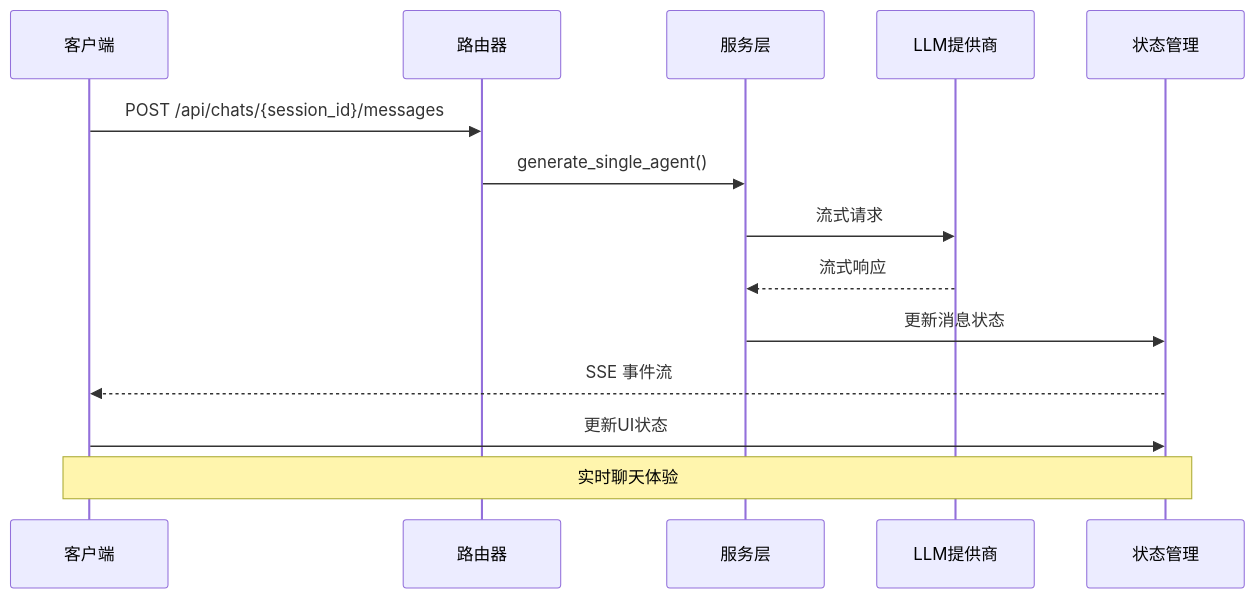
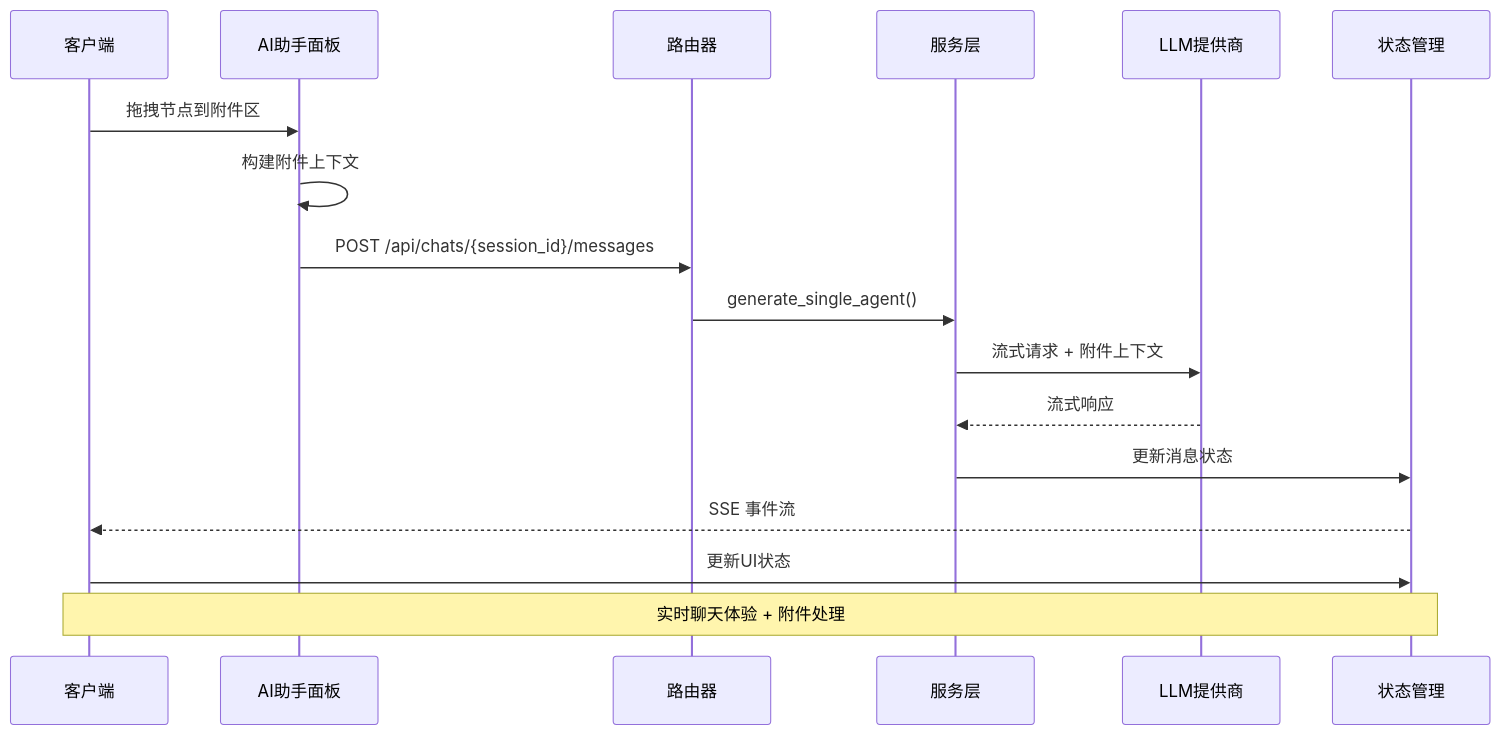
One commit to KunLabAI/KunFlix changed the second of 13 diagrams in .qoder/repowiki/zh/content/Chat Message Enhancement.md. Above: the diagram before and after it, drawn with Mermaid. The commit also changed other lines of this file and 14 other files, not shown here.

````diff
--- a/.qoder/repowiki/zh/content/Chat Message Enhancement.md
+++ b/.qoder/repowiki/zh/content/Chat Message Enhancement.md
@@ -116,16 +142,19 @@
 ```mermaid
 sequenceDiagram
 participant Client as 客户端
+participant Panel as AI助手面板
 participant Router as 路由器
 participant Service as 服务层
 participant LLM as LLM提供商
 participant Store as 状态管理
-Client->>Router : POST /api/chats/{session_id}/messages
+Client->>Panel : 拖拽节点到附件区
+Panel->>Panel : 构建附件上下文
+Panel->>Router : POST /api/chats/{session_id}/messages
 Router->>Service : generate_single_agent()
-Service->>LLM : 流式请求
+Service->>LLM : 流式请求 + 附件上下文
 LLM-->>Service : 流式响应
 Service->>Store : 更新消息状态
 Store-->>Client : SSE 事件流
 Client->>Store : 更新UI状态
-Note over Client,Store : 实时聊天体验
+Note over Client,Store : 实时聊天体验 + 附件处理
 ```
````
